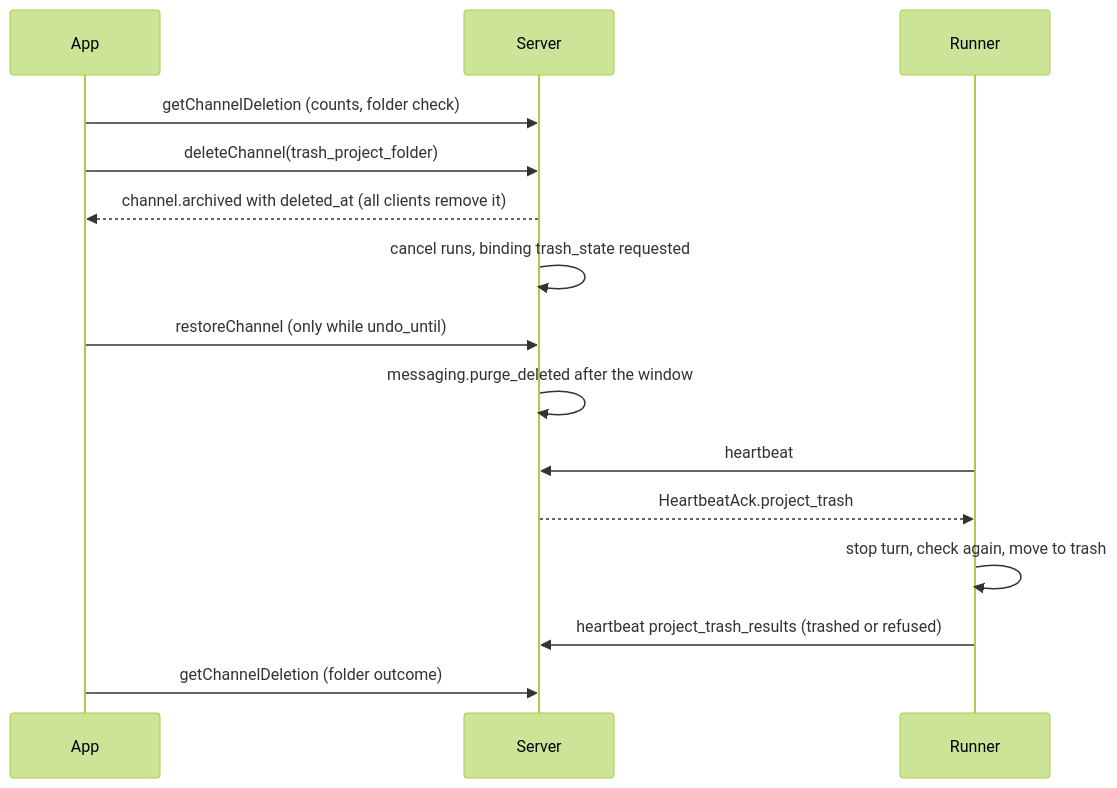
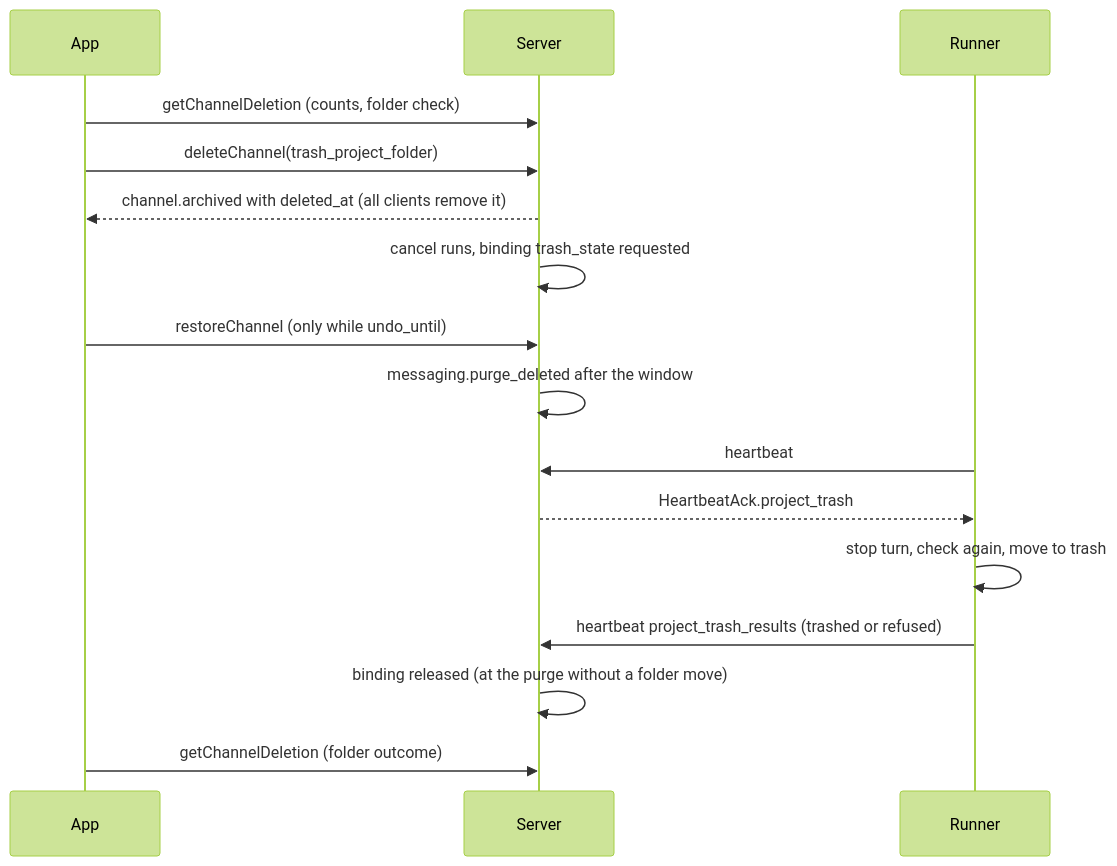
Before and after one commit to mguttmann/bothy: the diagram in docs/design/delete.md, drawn with Mermaid (forest theme). The commit also changed other lines of this file and 46 other files, not shown here.

First line of the commit message:
fix(server): release the project binding of a deleted forum (FIX-delete-releases-binding) (#533)

````diff
--- a/docs/design/delete.md
+++ b/docs/design/delete.md
@@ -181,17 +193,18 @@
 ```mermaid
 sequenceDiagram
     participant App
     participant Server
     participant Runner
     App->>Server: getChannelDeletion (counts, folder check)
     App->>Server: deleteChannel(trash_project_folder)
     Server-->>App: channel.archived with deleted_at (all clients remove it)
     Server->>Server: cancel runs, binding trash_state requested
     App->>Server: restoreChannel (only while undo_until)
     Server->>Server: messaging.purge_deleted after the window
     Runner->>Server: heartbeat
     Server-->>Runner: HeartbeatAck.project_trash
     Runner->>Runner: stop turn, check again, move to trash
     Runner->>Server: heartbeat project_trash_results (trashed or refused)
+    Server->>Server: binding released (at the purge without a folder move)
     App->>Server: getChannelDeletion (folder outcome)
 ```
````
